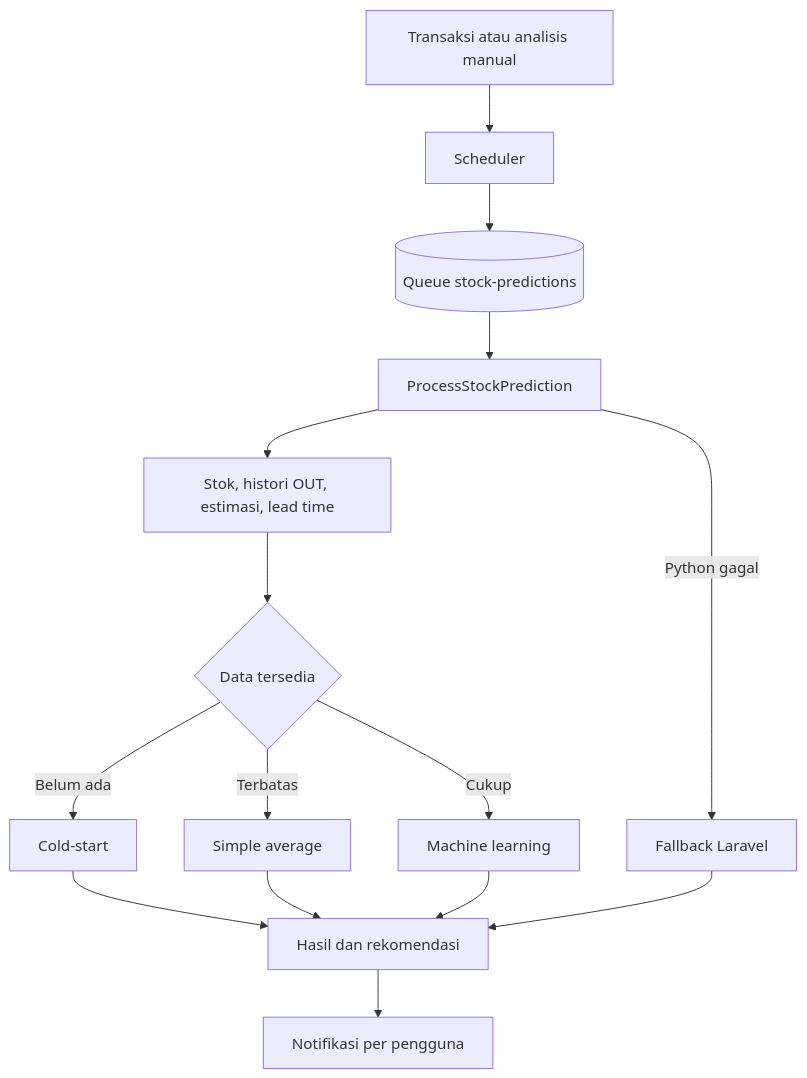
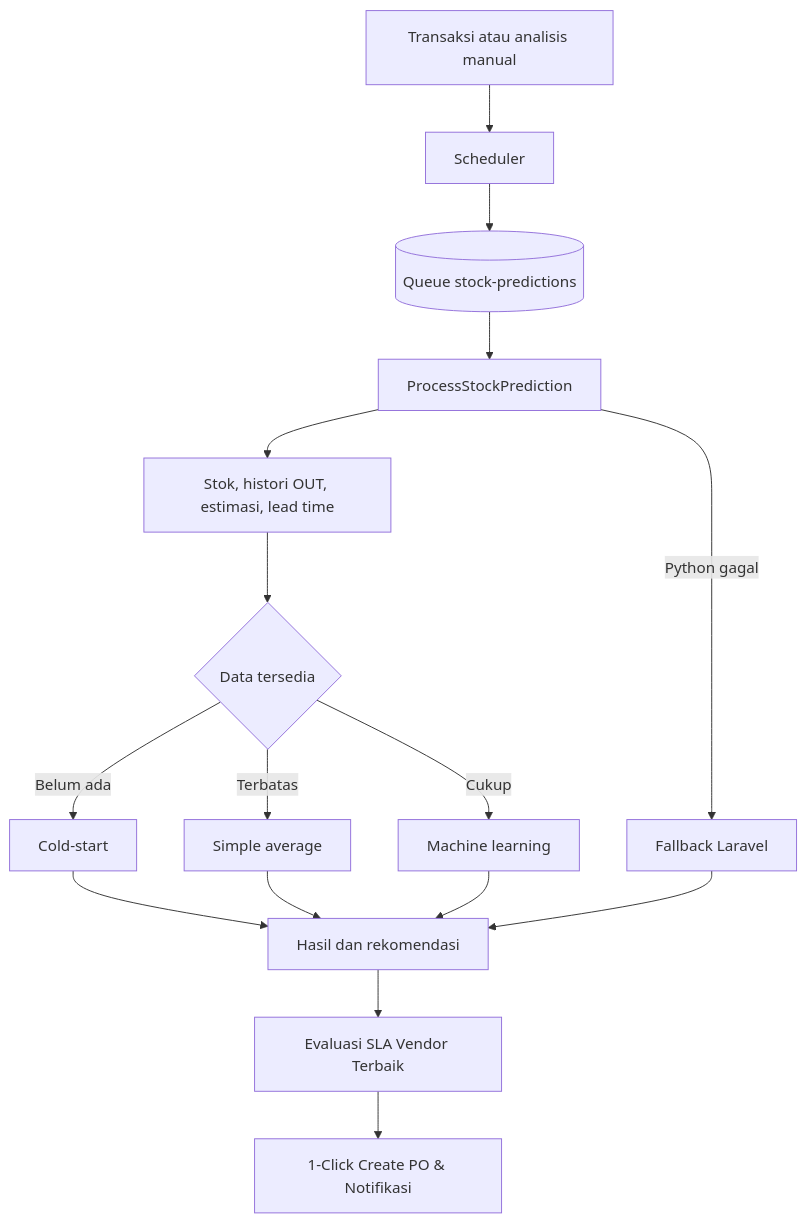
One commit to raisazahra14/belajar-laravel-bcs changed the sixth of 6 diagrams in docs/PETA_KONSEP_LOGISTIKKU.md. Above: the diagram before and after it, drawn with Mermaid. The commit also changed other lines of this file and 79 other files, not shown here.

````diff
--- a/docs/PETA_KONSEP_LOGISTIKKU.md
+++ b/docs/PETA_KONSEP_LOGISTIKKU.md
@@ -213,17 +220,18 @@
 ```mermaid
 flowchart TD
     S[Transaksi atau analisis manual] --> SC[Scheduler]
     SC --> Q[(Queue stock-predictions)]
     Q --> J[ProcessStockPrediction]
     J --> I[Stok, histori OUT, estimasi, lead time]
     I --> M{Data tersedia}
     M -- Belum ada --> C[Cold-start]
     M -- Terbatas --> A[Simple average]
     M -- Cukup --> ML[Machine learning]
     C --> O[Hasil dan rekomendasi]
     A --> O
     ML --> O
     J -- Python gagal --> F[Fallback Laravel]
     F --> O
-    O --> N[Notifikasi per pengguna]
+    O --> SLA[Evaluasi SLA Vendor Terbaik]
+    SLA --> N[1-Click Create PO & Notifikasi]
 ```
````
